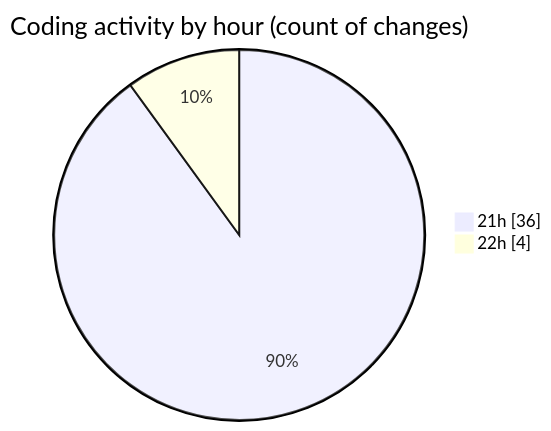
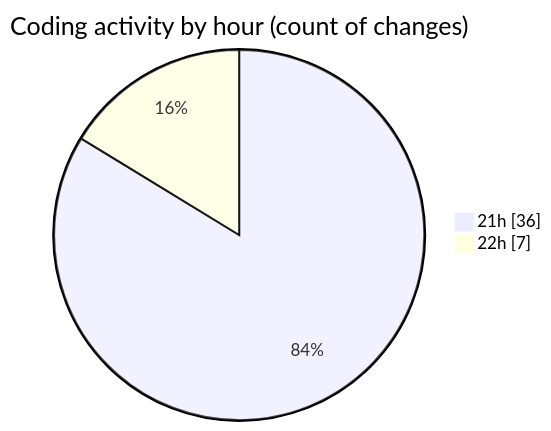
Before and after one commit to robertbonfada/code-tracking: the second of 2 diagrams in 2025-03-10/termonied_testador/README.md, drawn with Mermaid. The commit also changed other lines of this file and 1 other file, not shown here.

````diff
--- a/2025-03-10/termonied_testador/README.md
+++ b/2025-03-10/termonied_testador/README.md
@@ -35,6 +35,6 @@
 ```mermaid
 pie showData
 title Coding activity by hour (count of changes)
 "21h" : 36
-"22h" : 4
+"22h" : 7
 ```
````
